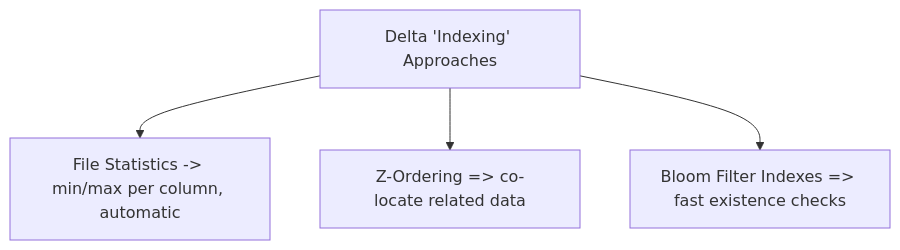
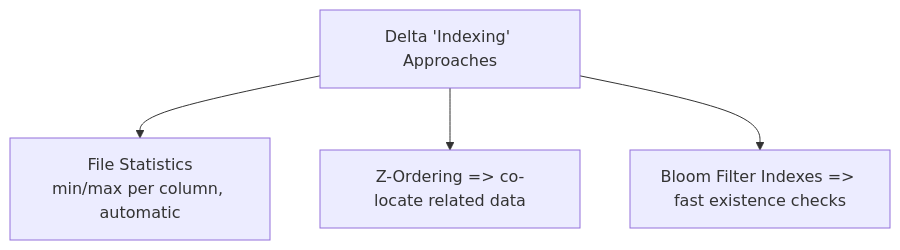
The eighth of 10 diagrams in DataBricks/delta-lake-sql-timetravel-compaction-indexing-vacuum.md (AbhishekBiswas-github/AI_Engineer_Course_Files), drawn with Mermaid before and after one commit.

Commit message:
Fix mermaid diagram formatting in documentation
Updated the mermaid diagram for Delta Lake indexing approaches to improve formatting.

````diff
--- a/DataBricks/delta-lake-sql-timetravel-compaction-indexing-vacuum.md
+++ b/DataBricks/delta-lake-sql-timetravel-compaction-indexing-vacuum.md
@@ -168,6 +168,6 @@
 ```mermaid
 graph TD
-    A[Delta 'Indexing' Approaches] --> B[File Statistics -> min/max per column, automatic]
+    A[Delta 'Indexing' Approaches] --> B[File Statistics<br/>min/max per column, automatic]
     A --> C[Z-Ordering => co-locate related data]
     A --> D[Bloom Filter Indexes => fast existence checks]
 ```
````
